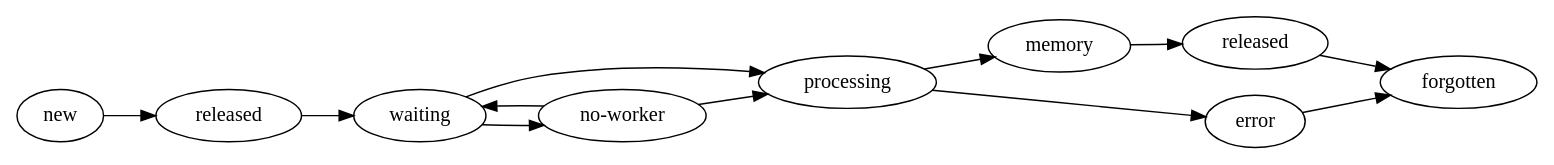
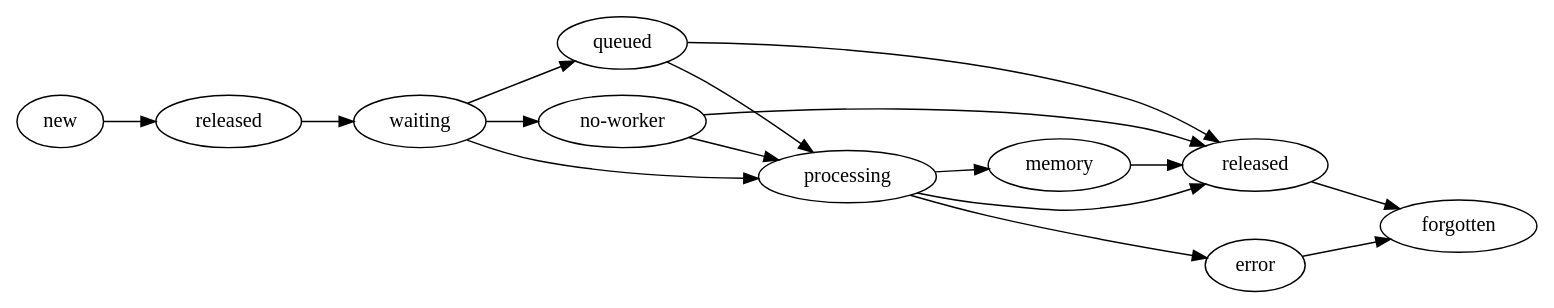
One commit to dask/distributed changed the diagram in docs/source/scheduling-state.rst. Above: the diagram before and after it, drawn with Graphviz. The commit also changed other lines of this file, not shown here.

Commit message:
Update scheduling state graph and docs slightly

```diff
--- a/docs/source/scheduling-state.rst
+++ b/docs/source/scheduling-state.rst
@@ -60,20 +60,24 @@
 .. digraph:: scheduler_task_states
    :alt: Dask scheduler task states
 
     graph [
         bgcolor="#FFFFFFF00",
         rankdir=LR,
         ];
     released1 [label=released];
     released2 [label=released];
     new -> released1;
     released1 -> waiting;
     waiting -> processing;
     waiting -> "no-worker";
-    "no-worker" -> waiting;
     "no-worker" -> processing;
+    "no-worker" -> released2;
+    waiting -> queued;
+    queued -> processing;
+    queued -> released2;
+    processing -> released2;
     processing -> memory;
     processing -> error;
     error -> forgotten;
     memory -> released2;
     released2 -> forgotten;
```
